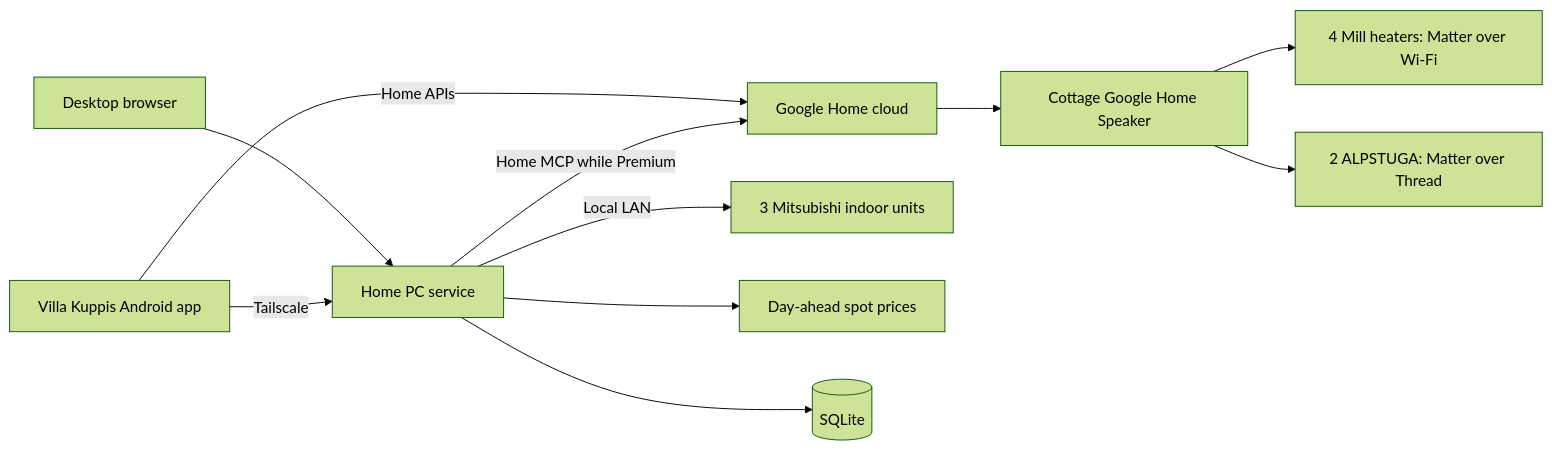
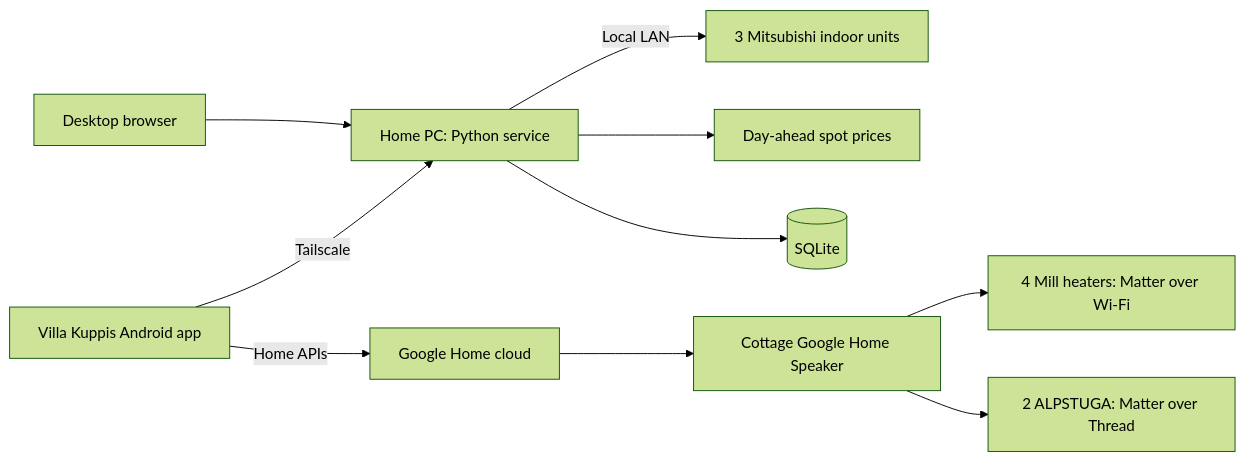
One commit to Vkuparin/villa-kuppis changed the diagram in docs/architecture.md. Above: the diagram before and after it, drawn with Mermaid (forest theme). The commit also changed other lines of this file and 16 other files, not shown here.

````diff
--- a/docs/architecture.md
+++ b/docs/architecture.md
@@ -14,13 +14,12 @@
 ```mermaid
 flowchart LR
-  Desktop[Desktop browser] --> PC[Home PC service]
+  Desktop[Desktop browser] --> PC[Home PC: Python service]
   Phone[Villa Kuppis Android app] -->|Tailscale| PC
-  Phone -->|Home APIs| Google[Google Home cloud]
   PC -->|Local LAN| Pumps[3 Mitsubishi indoor units]
-  PC -->|Home MCP while Premium| Google
   PC --> Prices[Day-ahead spot prices]
   PC --> DB[(SQLite)]
+  Phone -->|Home APIs| Google[Google Home cloud]
   Google --> Hub[Cottage Google Home Speaker]
   Hub --> Mill[4 Mill heaters: Matter over Wi-Fi]
   Hub --> Sensors[2 ALPSTUGA: Matter over Thread]
 ```
````
